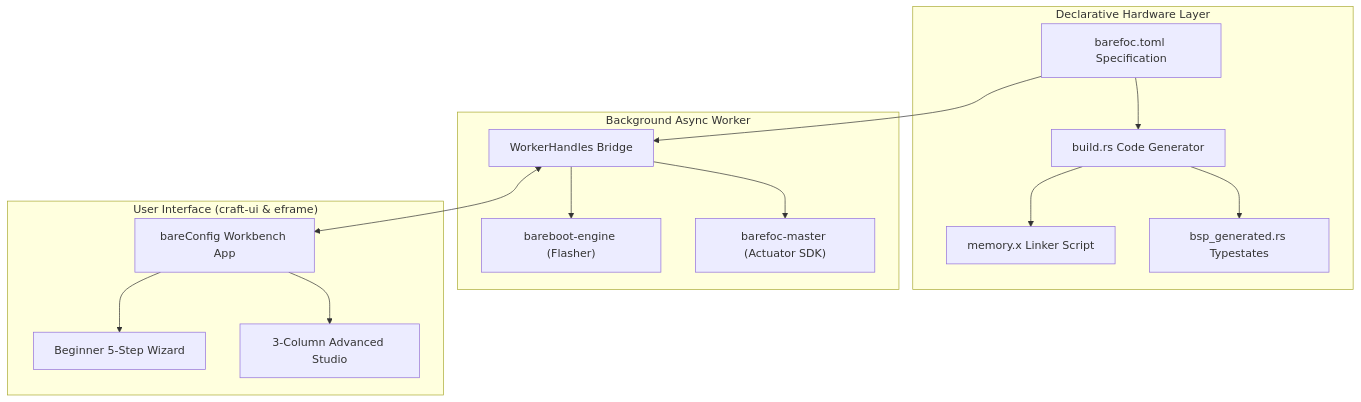
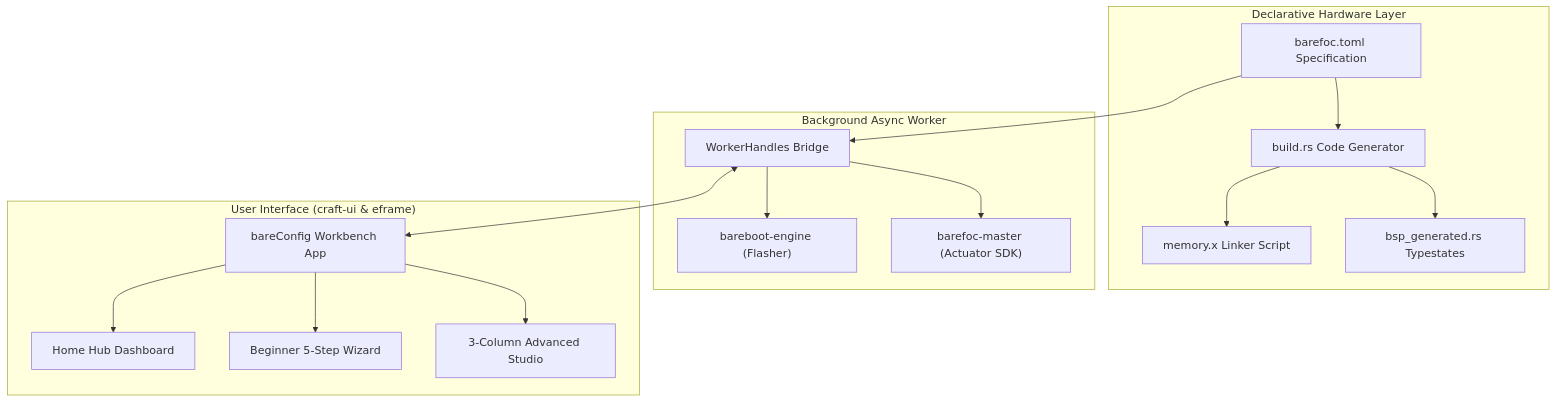
One commit to bareFOC/barefoc.github.io changed the diagram in docs/tools/bareconfig.md. Above: the diagram before and after it, drawn with Mermaid. The commit also changed other lines of this file, not shown here.

Commit message:
docs(bareconfig): document Home Hub dashboard and DaisyUI Lofi/Black dual-theme engine

````diff
--- a/docs/tools/bareconfig.md
+++ b/docs/tools/bareconfig.md
@@ -18,31 +18,33 @@
 ```mermaid
 flowchart TD
     subgraph BSP ["Declarative Hardware Layer"]
         TOML["barefoc.toml Specification"]
         BUILD["build.rs Code Generator"]
         MEM["memory.x Linker Script"]
         GEN["bsp_generated.rs Typestates"]
         TOML --> BUILD
         BUILD --> MEM
         BUILD --> GEN
     end
 
     subgraph ENGINE ["Background Async Worker"]
         WH["WorkerHandles Bridge"]
         BB["bareboot-engine (Flasher)"]
         BM["barefoc-master (Actuator SDK)"]
         WH --> BB
         WH --> BM
     end
 
     subgraph UI ["User Interface (craft-ui & eframe)"]
         APP["bareConfig Workbench App"]
+        HOME["Home Hub Dashboard"]
         WIZ["Beginner 5-Step Wizard"]
         STU["3-Column Advanced Studio"]
+        APP --> HOME
         APP --> WIZ
         APP --> STU
     end
 
     TOML --> WH
     WH <--> APP
 ```
````
